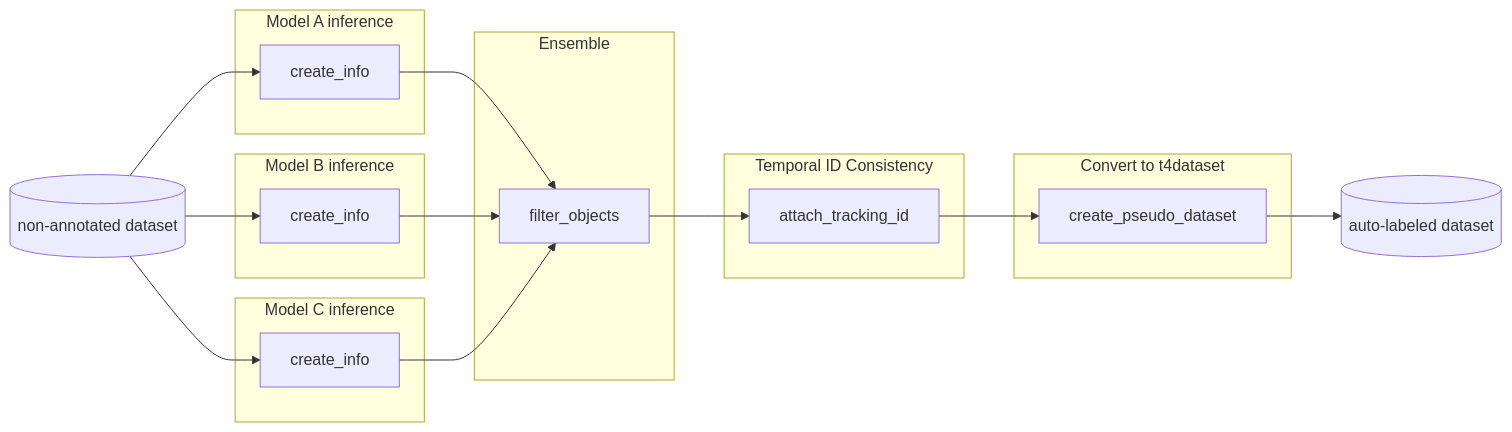
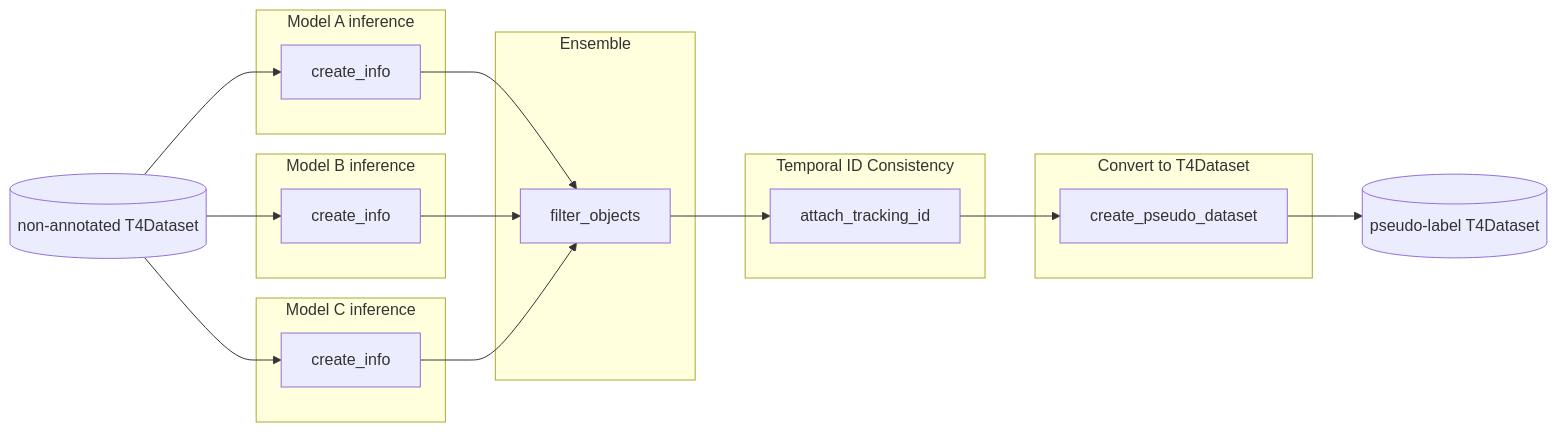
The diagram in tools/auto_labeling_3d/README.md (tier4/AWML), drawn with Mermaid before and after one commit.

Commit message:
docs(auto_labeling_3d): change t4dataset to T4Dataset

````diff
--- a/tools/auto_labeling_3d/README.md
+++ b/tools/auto_labeling_3d/README.md
@@ -7,49 +7,49 @@
 ```mermaid
 graph LR
-    NADATA[(non-annotated dataset)]
+    NADATA[(non-annotated T4Dataset)]
 
     subgraph "Model A inference"
         INFERENCE_A[create_info]
     end
 
     subgraph "Model B inference"
         INFERENCE_B[create_info]
     end
 
     subgraph "Model C inference"
         INFERENCE_C[create_info]
     end
 
     subgraph "Ensemble"
         ENSEMBLE[filter_objects]
     end
 
     subgraph "Temporal ID Consistency"
         TRACKING[attach_tracking_id]
     end
 
-    subgraph "Convert to t4dataset"
+    subgraph "Convert to T4Dataset"
         CONVERT[create_pseudo_dataset]
     end
 
-    DATA[(auto-labeled dataset)]
+    DATA[(pseudo-label T4Dataset)]
 
     NADATA --> INFERENCE_A
     NADATA --> INFERENCE_B
     NADATA --> INFERENCE_C
 
     INFERENCE_A --> ENSEMBLE
     INFERENCE_B --> ENSEMBLE
     INFERENCE_C --> ENSEMBLE
 
     ENSEMBLE --> TRACKING
     TRACKING --> CONVERT
     CONVERT --> DATA
 
     click INFERENCE_A "https://github.com/tier4/AWML/tree/main/tools/auto_labeling_3d#2-create-info-file-from-non-annotated-t4dataset"
     click INFERENCE_B "https://github.com/tier4/AWML/tree/main/tools/auto_labeling_3d#2-create-info-file-from-non-annotated-t4dataset"
     click INFERENCE_C "https://github.com/tier4/AWML/tree/main/tools/auto_labeling_3d#2-create-info-file-from-non-annotated-t4dataset"
     click ENSEMBLE "https://github.com/tier4/AWML/tree/main/tools/auto_labeling_3d#3-filter-objects-which-do-not-use-for-pseudo-t4dataset"
     click TRACKING "https://github.com/tier4/AWML/tree/main/tools/auto_labeling_3d#4-attach-tracking-id-to-info-file"
     click CONVERT "https://github.com/tier4/AWML/tree/main/tools/auto_labeling_3d#5-create-pseudo-t4dataset"
 ```
````
